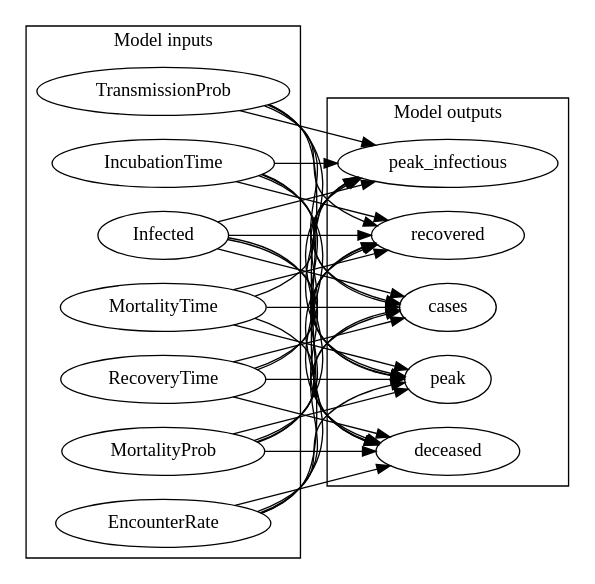
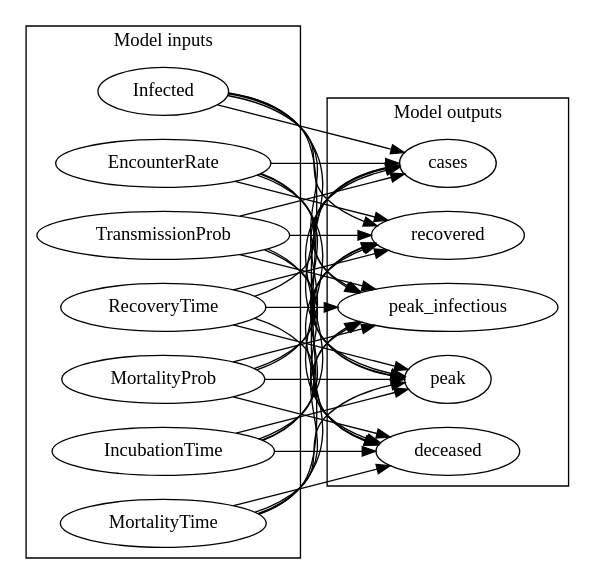
The diagram in scenarios/influenza1918/dags/influenza1918_abstract.dot (CITCOM-project/causcumber), drawn with Graphviz before and after one commit. The commit also changed other lines of this file and 2 other files, not shown here.

```diff
--- a/scenarios/influenza1918/dags/influenza1918_abstract.dot
+++ b/scenarios/influenza1918/dags/influenza1918_abstract.dot
@@ -1,58 +1,58 @@
 digraph "" {
 	graph [newrank=True,
 		rankdir=LR
 	];
 	subgraph cluster_outputs {
 		graph [label="Model outputs"];
 		deceased;
+		cases;
+		recovered;
 		peak_infectious;
-		recovered;
-		cases;
 		peak;
 	}
 	subgraph cluster_inputs {
 		graph [label="Model inputs"];
-		RecoveryTime;
 		MortalityProb;
+		IncubationTime;
+		MortalityTime;
+		Infected;
 		EncounterRate;
 		TransmissionProb;
-		IncubationTime;
-		Infected;
-		MortalityTime;
+		RecoveryTime;
 	}
-	RecoveryTime -> deceased;
-	RecoveryTime -> peak_infectious;
-	RecoveryTime -> recovered;
-	RecoveryTime -> cases;
-	RecoveryTime -> peak;
 	MortalityProb -> deceased;
+	MortalityProb -> cases;
+	MortalityProb -> recovered;
 	MortalityProb -> peak_infectious;
-	MortalityProb -> recovered;
-	MortalityProb -> cases;
 	MortalityProb -> peak;
+	IncubationTime -> deceased;
+	IncubationTime -> cases;
+	IncubationTime -> recovered;
+	IncubationTime -> peak_infectious;
+	IncubationTime -> peak;
+	MortalityTime -> deceased;
+	MortalityTime -> cases;
+	MortalityTime -> recovered;
+	MortalityTime -> peak_infectious;
+	MortalityTime -> peak;
+	Infected -> deceased;
+	Infected -> cases;
+	Infected -> recovered;
+	Infected -> peak_infectious;
+	Infected -> peak;
 	EncounterRate -> deceased;
+	EncounterRate -> cases;
+	EncounterRate -> recovered;
 	EncounterRate -> peak_infectious;
-	EncounterRate -> recovered;
-	EncounterRate -> cases;
 	EncounterRate -> peak;
 	TransmissionProb -> deceased;
+	TransmissionProb -> cases;
+	TransmissionProb -> recovered;
 	TransmissionProb -> peak_infectious;
-	TransmissionProb -> recovered;
-	TransmissionProb -> cases;
 	TransmissionProb -> peak;
-	IncubationTime -> deceased;
-	IncubationTime -> peak_infectious;
-	IncubationTime -> recovered;
-	IncubationTime -> cases;
-	IncubationTime -> peak;
-	Infected -> deceased;
-	Infected -> peak_infectious;
-	Infected -> recovered;
-	Infected -> cases;
-	Infected -> peak;
-	MortalityTime -> deceased;
-	MortalityTime -> peak_infectious;
-	MortalityTime -> recovered;
-	MortalityTime -> cases;
-	MortalityTime -> peak;
+	RecoveryTime -> deceased;
+	RecoveryTime -> cases;
+	RecoveryTime -> recovered;
+	RecoveryTime -> peak_infectious;
+	RecoveryTime -> peak;
 }
```
